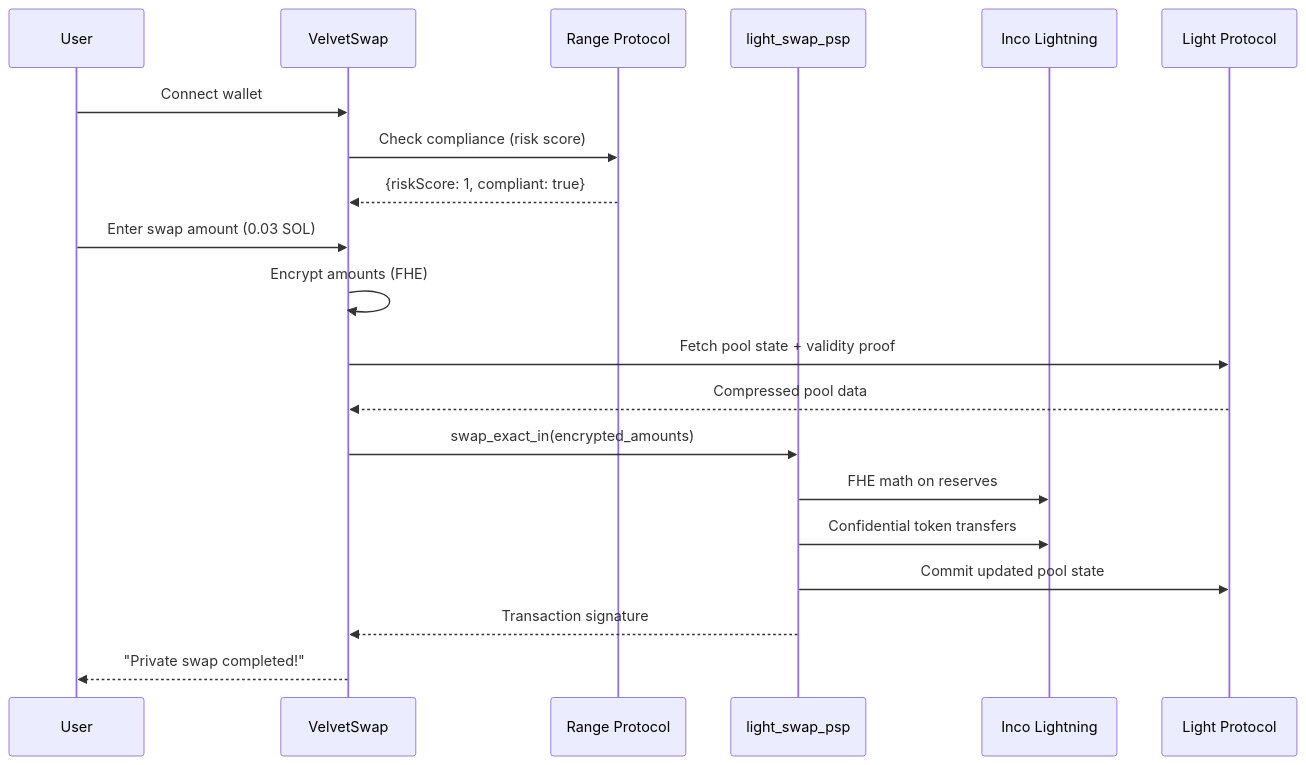
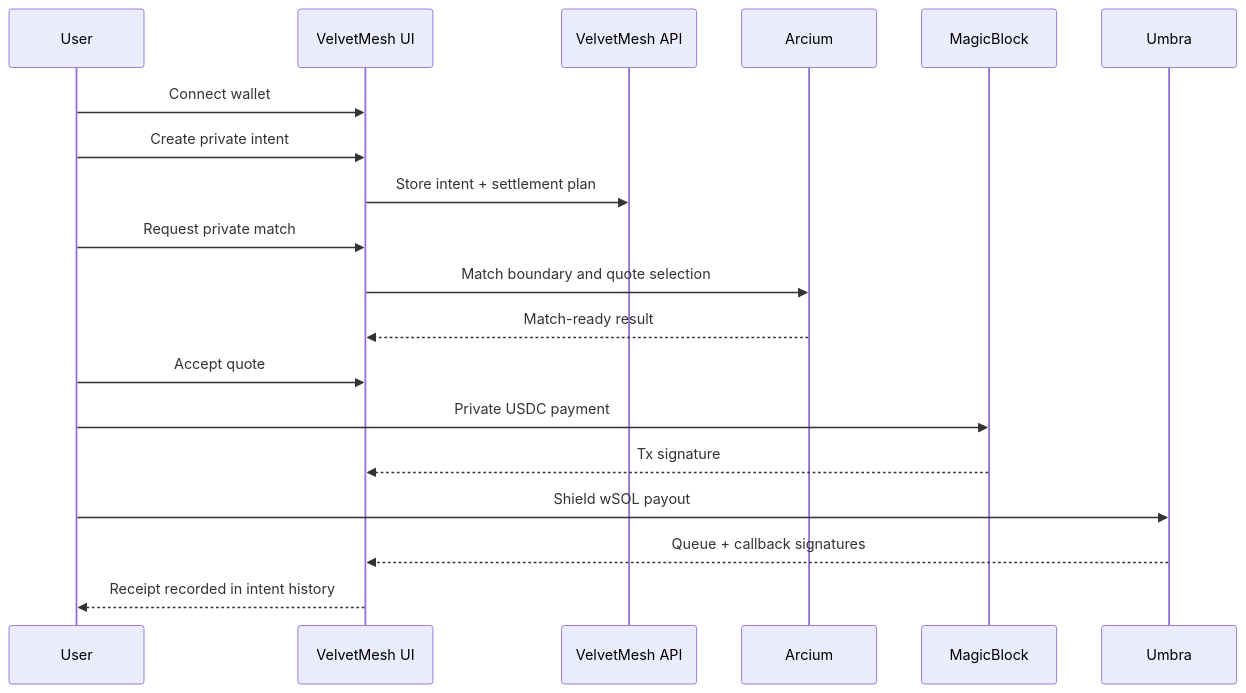
Before and after one commit to N-45div/Velvet_frontend: the second of 2 diagrams in README.md, drawn with Mermaid. The commit also changed other lines of this file and 1 other file, not shown here.

Commit message:
Update VelvetMesh frontend docs

````diff
--- a/README.md
+++ b/README.md
@@ -97,25 +126,22 @@
 ```mermaid
 sequenceDiagram
     participant User
-    participant UI as VelvetSwap
-    participant Range as Range Protocol
-    participant Program as light_swap_psp
-    participant Inco as Inco Lightning
-    participant Light as Light Protocol
+    participant UI as VelvetMesh UI
+    participant VM as VelvetMesh API
+    participant Arcium
+    participant MagicBlock
+    participant Umbra
 
     User->>UI: Connect wallet
-    UI->>Range: Check compliance (risk score)
-    Range-->>UI: {riskScore: 1, compliant: true}
-    
-    User->>UI: Enter swap amount (0.03 SOL)
-    UI->>UI: Encrypt amounts (FHE)
-    UI->>Light: Fetch pool state + validity proof
-    Light-->>UI: Compressed pool data
-    
-    UI->>Program: swap_exact_in(encrypted_amounts)
-    Program->>Inco: FHE math on reserves
-    Program->>Inco: Confidential token transfers
-    Program->>Light: Commit updated pool state
-    Program-->>UI: Transaction signature
-    UI-->>User: "Private swap completed!"
+    User->>UI: Create private intent
+    UI->>VM: Store intent + settlement plan
+    User->>UI: Request private match
+    UI->>Arcium: Match boundary and quote selection
+    Arcium-->>UI: Match-ready result
+    User->>UI: Accept quote
+    User->>MagicBlock: Private USDC payment
+    MagicBlock-->>UI: Tx signature
+    User->>Umbra: Shield wSOL payout
+    Umbra-->>UI: Queue + callback signatures
+    UI-->>User: Receipt recorded in intent history
 ```
````
